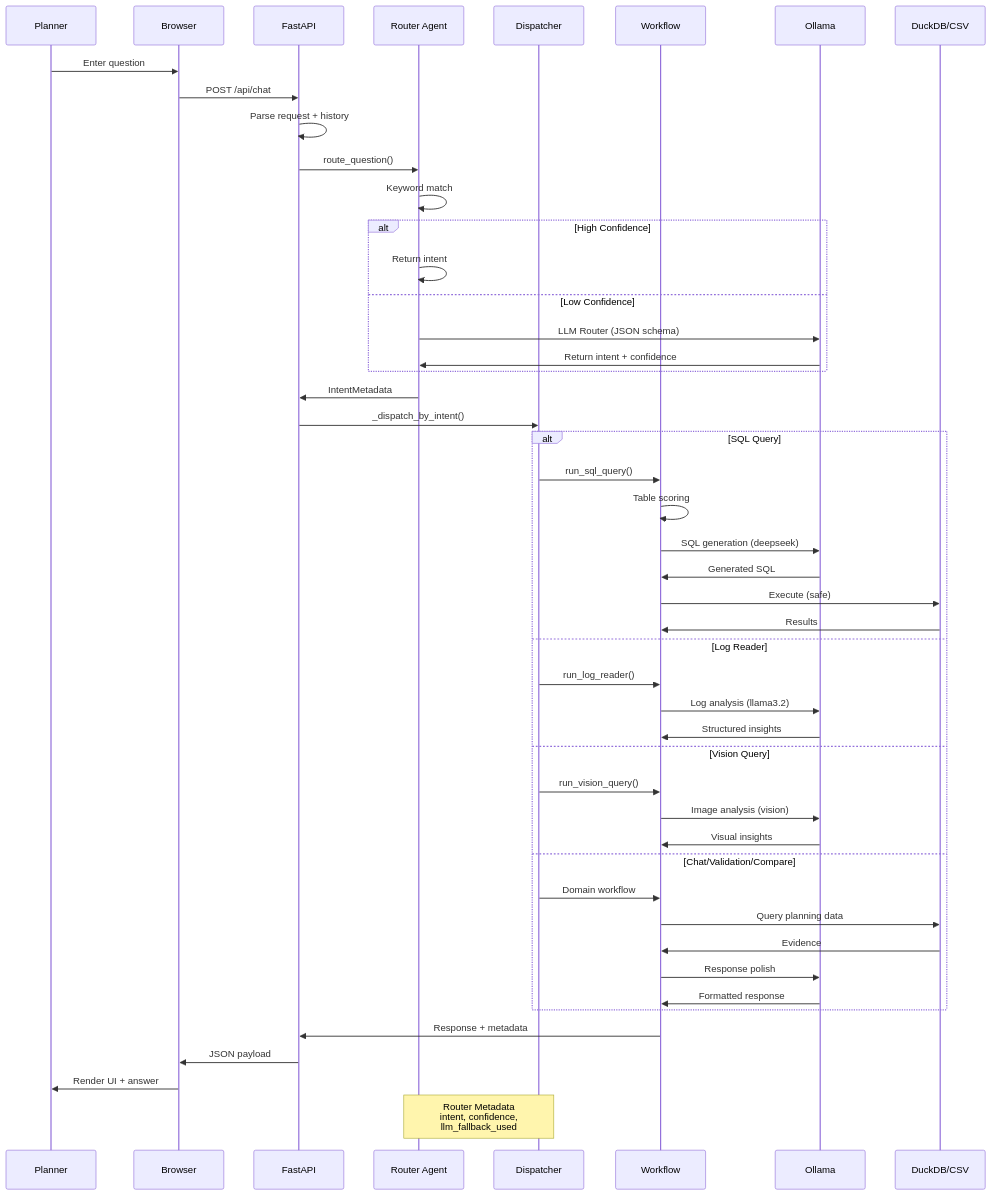
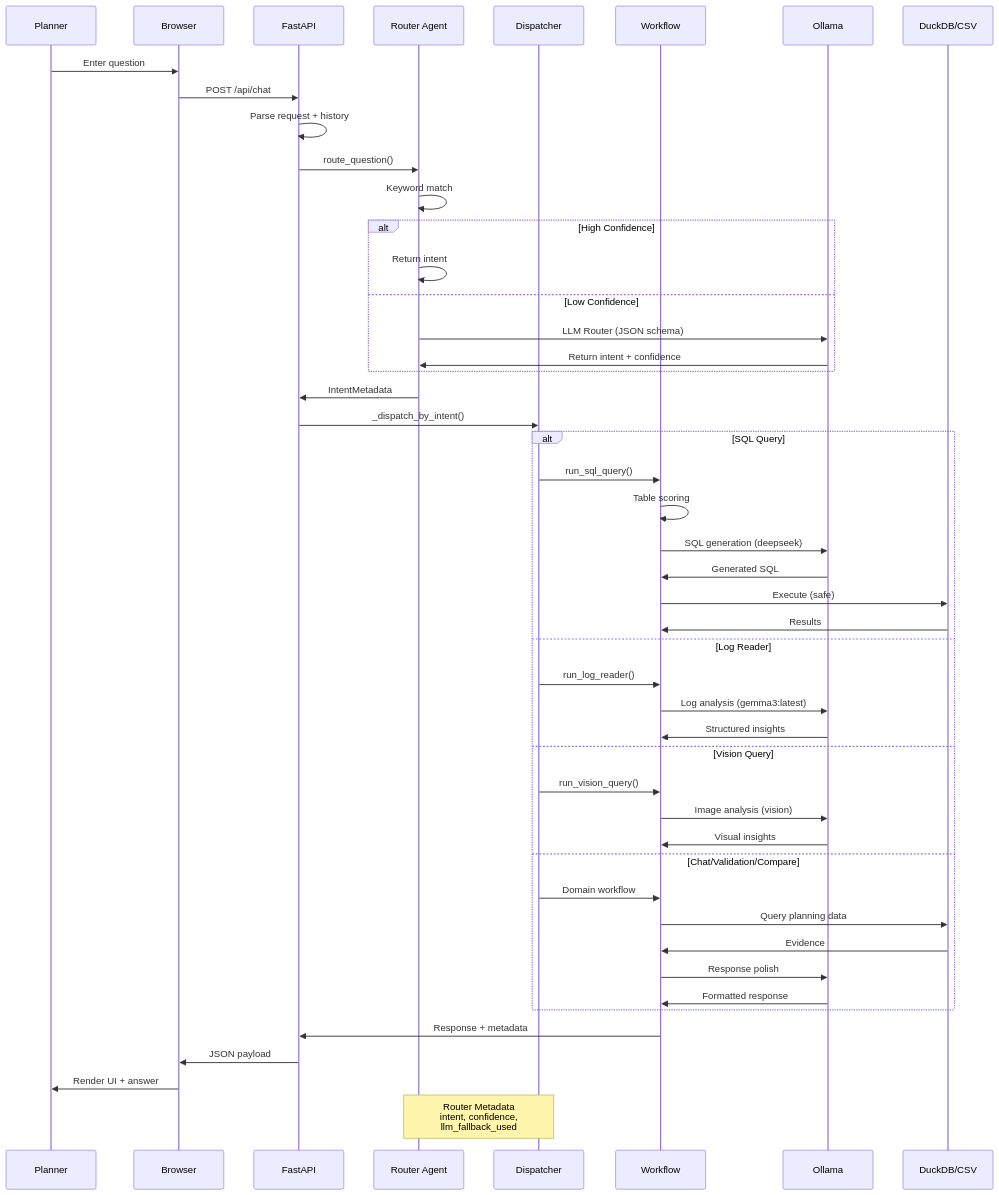
Before and after one commit to jyotiranjanojha/ifsupplystory: the fourth of 4 diagrams in README.md, drawn with Mermaid. The commit also changed other lines of this file and 10 other files, not shown here.

````diff
--- a/README.md
+++ b/README.md
@@ -223,56 +223,56 @@
 ```mermaid
 sequenceDiagram
     participant U as Planner
     participant B as Browser
     participant A as FastAPI
     participant R as Router Agent
     participant D as Dispatcher
     participant W as Workflow
     participant O as Ollama
     participant DB as DuckDB/CSV
     
     U->>B: Enter question
     B->>A: POST /api/chat
     A->>A: Parse request + history
     A->>R: route_question()
     
     R->>R: Keyword match
     alt High Confidence
         R->>R: Return intent
     else Low Confidence
         R->>O: LLM Router (JSON schema)
         O->>R: Return intent + confidence
     end
     
     R->>A: IntentMetadata
     A->>D: _dispatch_by_intent()
     
     alt SQL Query
         D->>W: run_sql_query()
         W->>W: Table scoring
         W->>O: SQL generation (deepseek)
         O->>W: Generated SQL
         W->>DB: Execute (safe)
         DB->>W: Results
     else Log Reader
         D->>W: run_log_reader()
-        W->>O: Log analysis (llama3.2)
+        W->>O: Log analysis (gemma3:latest)
         O->>W: Structured insights
     else Vision Query
         D->>W: run_vision_query()
         W->>O: Image analysis (vision)
         O->>W: Visual insights
     else Chat/Validation/Compare
         D->>W: Domain workflow
         W->>DB: Query planning data
         DB->>W: Evidence
         W->>O: Response polish
         O->>W: Formatted response
     end
     
     W->>A: Response + metadata
     A->>B: JSON payload
     B->>U: Render UI + answer
     
     Note over R,D: Router Metadata<br/>intent, confidence,<br/>llm_fallback_used
 ```
````
